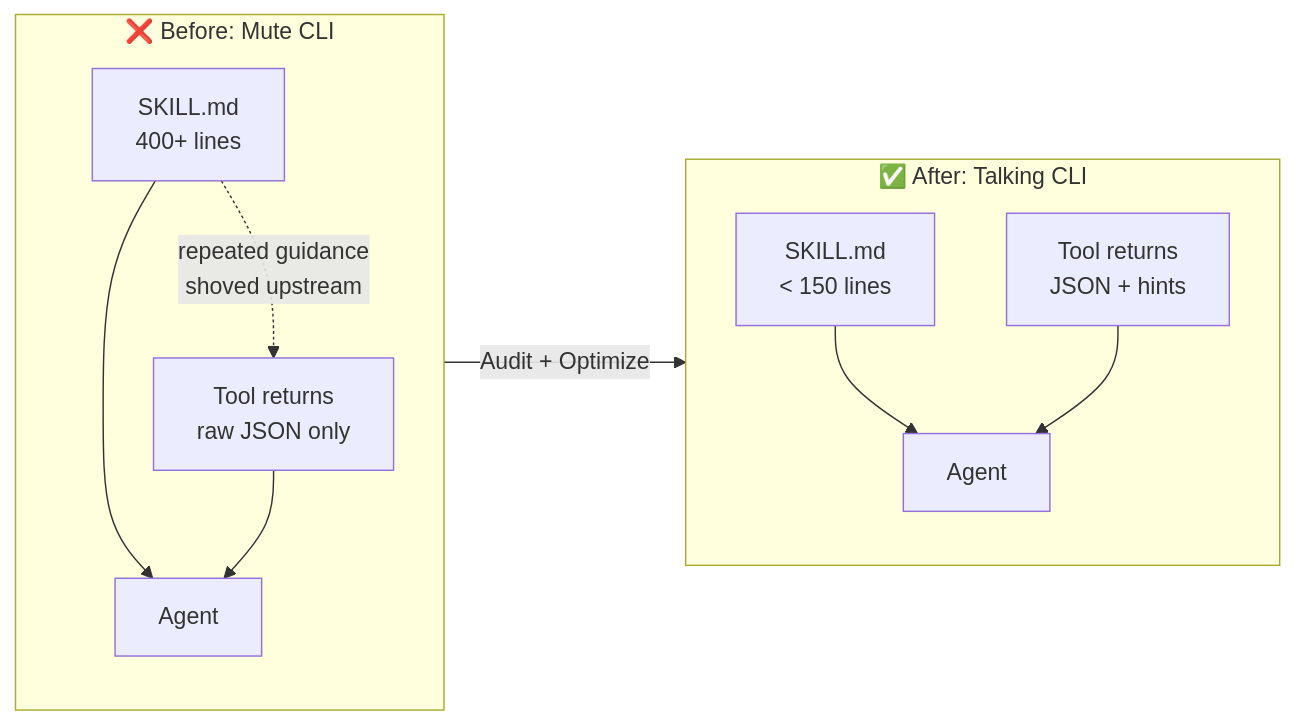
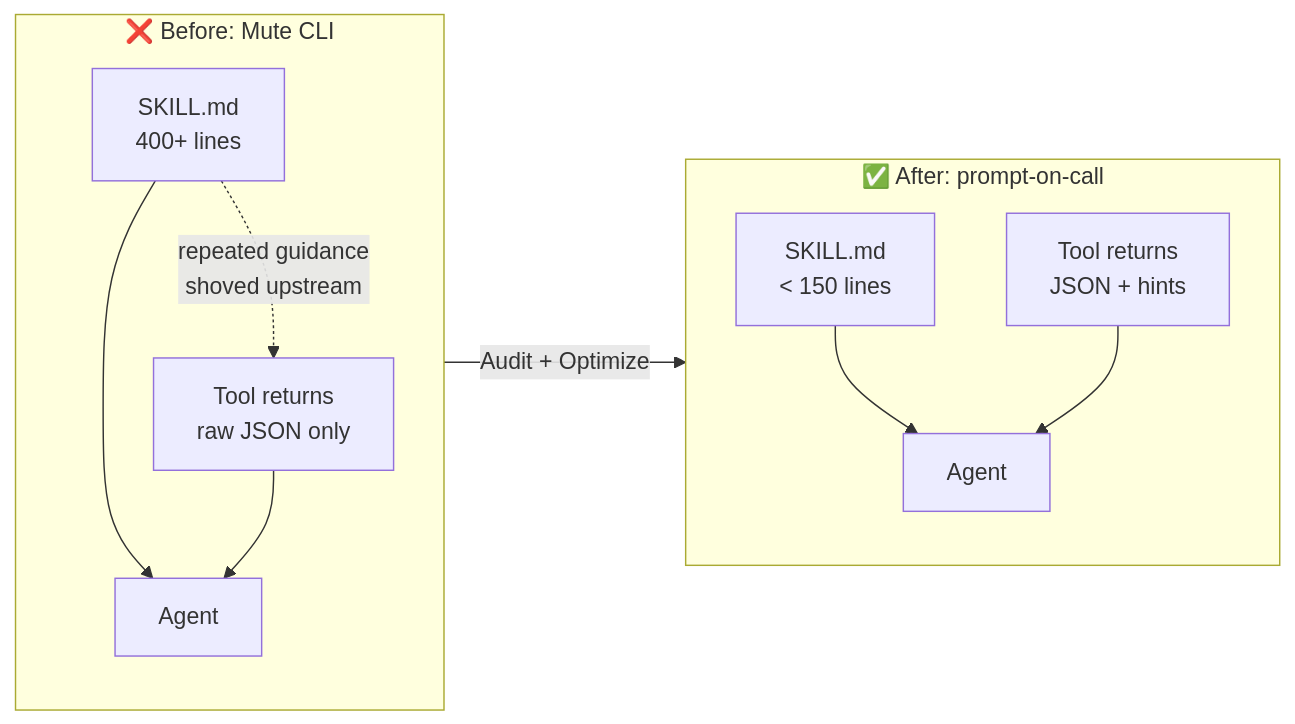
Before and after one commit to DrDexter6000/talking-cli: the first of 2 diagrams in README.md, drawn with Mermaid. The commit also changed other lines of this file and 2 other files, not shown here.

First line of the commit message:
docs: anchor prompt-on-call as core concept, add attributions across SSOT docs

````diff
--- a/README.md
+++ b/README.md
@@ -26,15 +56,15 @@
 ```mermaid
 graph LR
     subgraph Before ["❌ Before: Mute CLI"]
         A1[SKILL.md<br/>400+ lines] --> A2[Agent]
         A3[Tool returns<br/>raw JSON only] --> A2
         A1 -.->|repeated guidance<br/>shoved upstream| A3
     end
 
-    subgraph After ["✅ After: Talking CLI"]
+    subgraph After ["✅ After: prompt-on-call"]
         B1[SKILL.md<br/>&lt; 150 lines] --> B2[Agent]
         B3[Tool returns<br/>JSON + hints] --> B2
     end
 
     Before -->|Audit + Optimize| After
 ```
````
